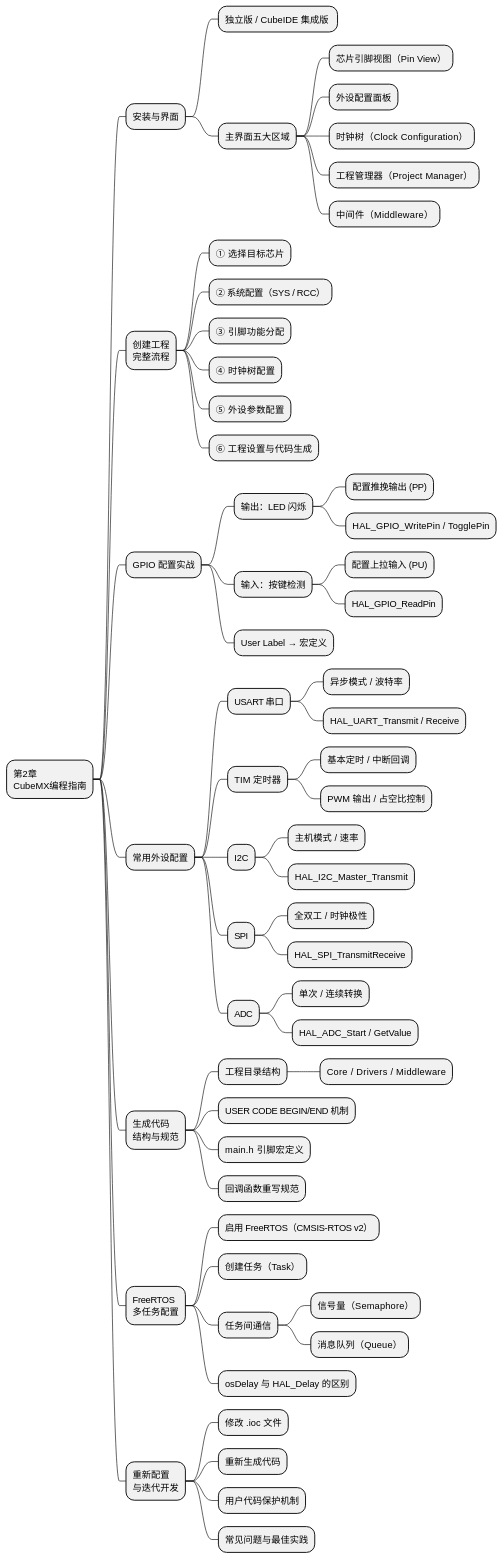
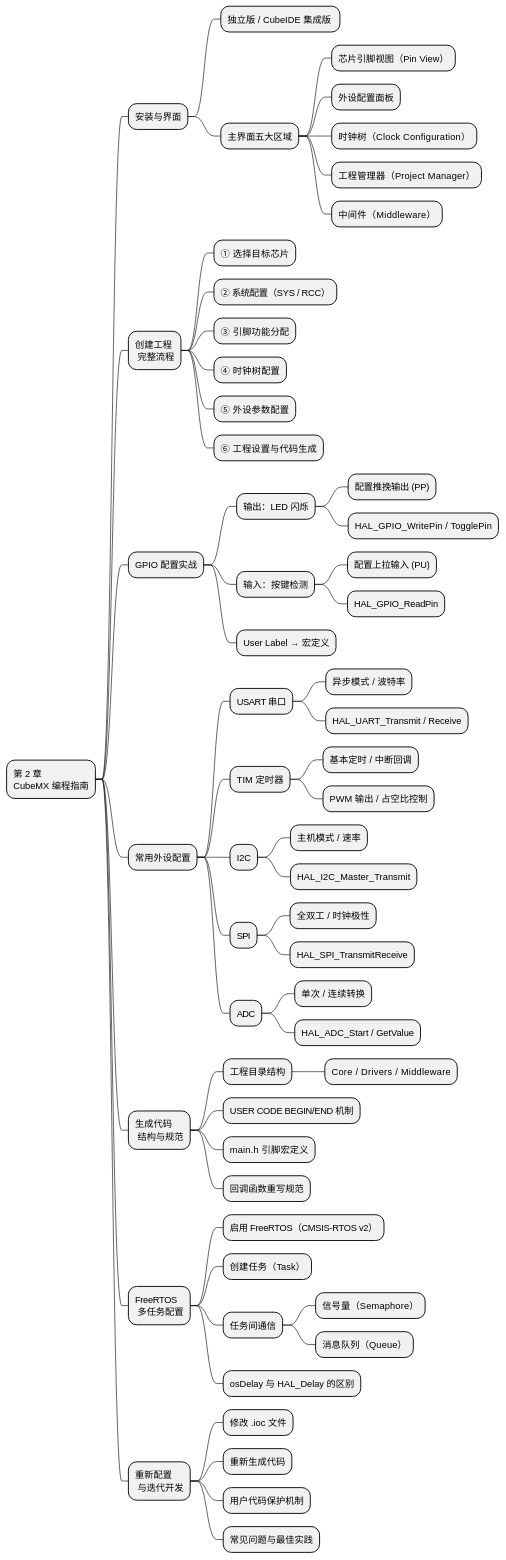
The diagram in docs/appendix_a.md (Inkyo-007/OA-EPP), drawn with PlantUML before and after one commit. The commit also changed other lines of this file and 5 other files, not shown here.

````diff
--- a/docs/appendix_a.md
+++ b/docs/appendix_a.md
@@ -7,69 +7,69 @@
 ```plantuml
 @startmindmap
-* 第2章\nCubeMX编程指南
+* 第 2 章\nCubeMX 编程指南
 
 ** 安装与界面
 *** 独立版 / CubeIDE 集成版 
 *** 主界面五大区域
 **** 芯片引脚视图（Pin View）
 **** 外设配置面板
 **** 时钟树（Clock Configuration）
 **** 工程管理器（Project Manager）
 **** 中间件（Middleware）
 
-** 创建工程\n完整流程
+** 创建工程\n 完整流程
 *** ①  选择目标芯片
 *** ②  系统配置（SYS / RCC）
 *** ③  引脚功能分配
 *** ④  时钟树配置
 *** ⑤  外设参数配置
 *** ⑥  工程设置与代码生成
 
 ** GPIO 配置实战
 *** 输出：LED 闪烁
 **** 配置推挽输出 (PP)
 **** HAL_GPIO_WritePin / TogglePin
 *** 输入：按键检测
 **** 配置上拉输入 (PU)
 **** HAL_GPIO_ReadPin
 *** User Label → 宏定义
 
 ** 常用外设配置
 *** USART 串口
 **** 异步模式 / 波特率
 **** HAL_UART_Transmit / Receive
 *** TIM 定时器
 **** 基本定时 / 中断回调
 **** PWM 输出 / 占空比控制
 *** I2C
 **** 主机模式 / 速率
 **** HAL_I2C_Master_Transmit
 *** SPI
 **** 全双工 / 时钟极性
 **** HAL_SPI_TransmitReceive
 *** ADC
 **** 单次 / 连续转换
 **** HAL_ADC_Start / GetValue
 
-** 生成代码\n结构与规范
+** 生成代码\n 结构与规范
 *** 工程目录结构
 **** Core / Drivers / Middleware
 *** USER CODE BEGIN/END 机制
 *** main.h 引脚宏定义
 *** 回调函数重写规范
 
-** FreeRTOS\n多任务配置
+** FreeRTOS\n 多任务配置
 *** 启用 FreeRTOS（CMSIS-RTOS v2）
 *** 创建任务（Task）
 *** 任务间通信
 **** 信号量（Semaphore）
 **** 消息队列（Queue）
 *** osDelay 与 HAL_Delay 的区别
 
-** 重新配置\n与迭代开发
+** 重新配置\n 与迭代开发
 *** 修改 .ioc 文件
 *** 重新生成代码
 *** 用户代码保护机制
 *** 常见问题与最佳实践
 @endmindmap
 ```
````
